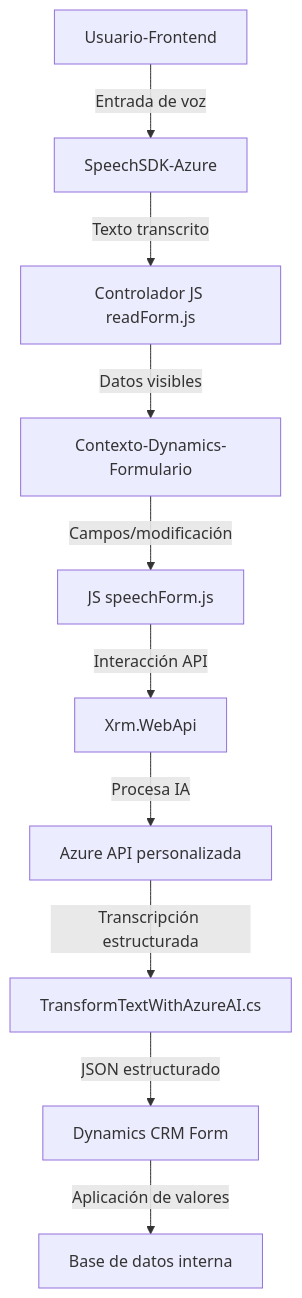
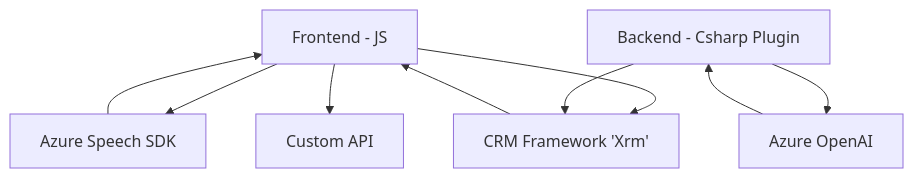
The diagram in README.md (blopezdm/NETCORE_BILBAO2025), drawn with Mermaid before and after one commit. The commit also changed other lines of this file, not shown here.

````diff
--- a/README.md
+++ b/README.md
@@ -39,12 +34,18 @@
 ```mermaid
 graph TD
-    A["Usuario-Frontend"] -->|Entrada de voz| B["SpeechSDK-Azure"]
-    B --> |Texto transcrito| C["Controlador JS readForm.js"]
-    C -->|Datos visibles| D["Contexto-Dynamics-Formulario"]
-    D -->|Campos/modificación| E["JS speechForm.js"]
-    E -->|Interacción API| F["Xrm.WebApi"]
-    F -->|Procesa IA| G["Azure API personalizada"]
-    G -->|Transcripción estructurada| H["TransformTextWithAzureAI.cs"]
-    H -->|JSON estructurado| I["Dynamics CRM Form"]
-    I -->|Aplicación de valores| J["Base de datos interna"]
+    A["Frontend - JS"]
+    B["Backend - Csharp Plugin"]
+    C["Azure Speech SDK"]
+    D["Azure OpenAI"]
+    E["CRM Framework 'Xrm'"]
+    F["Custom API"]
+
+    A --> C
+    A --> E
+    A --> F
+    B --> D
+    B --> E
+    C --> A
+    D --> B
+    E --> A
 ```
````
